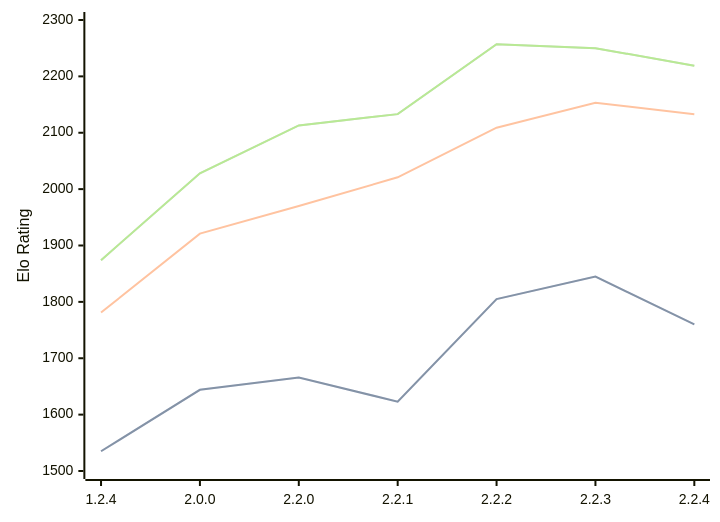
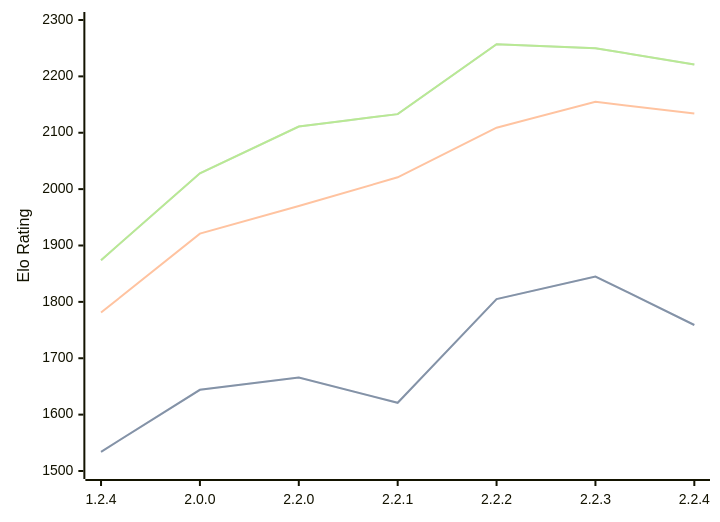
The diagram in engines/Kreveta.md (computer-chess-index/cci), drawn with Mermaid before and after one commit. The commit also changed other lines of this file, not shown here.

Commit message:
Update CCI Ratings (ELO VLTC) - 2026-03-15

````diff
--- a/engines/Kreveta.md
+++ b/engines/Kreveta.md
@@ -38,11 +38,11 @@
 ```mermaid
 %%{init: {"theme":"base","themeVariables":{"seriesColors:['#a3a3a3','#222221','#faa371']}}}%%
 xychart-beta
   x-axis ["1.2.4", "2.0.0", "2.2.0", "2.2.1", "2.2.2", "2.2.3", "2.2.4"]
   y-axis "Elo Rating" 1500 --> 2300
-  line "STC (8.0+0.08s)" [1535, 1644, 1666, 1623, 1805, 1845, 1760]
-  line "STC (8.0+0.08s)" [1535, 1644, 1666, 1623, 1805, 1845, 1760]
-  line "LTC (60.0+0.60s)" [1781, 1921, 1970, 2021, 2109, 2153, 2133]
-  line "VLTC (2m24s+1.12s)" [1874, 2028, 2113, 2133, 2257, 2250, 2219]
-  line "VLTC (2m24s+1.12s)" [1874, 2028, 2113, 2133, 2257, 2250, 2219]
+  line "STC (8.0+0.08s)" [1534, 1644, 1666, 1621, 1805, 1845, 1759]
+  line "STC (8.0+0.08s)" [1534, 1644, 1666, 1621, 1805, 1845, 1759]
+  line "LTC (60.0+0.60s)" [1781, 1921, 1970, 2021, 2109, 2155, 2134]
+  line "VLTC (2m24s+1.12s)" [1874, 2028, 2111, 2133, 2257, 2250, 2221]
+  line "VLTC (2m24s+1.12s)" [1874, 2028, 2111, 2133, 2257, 2250, 2221]
 ```
````
